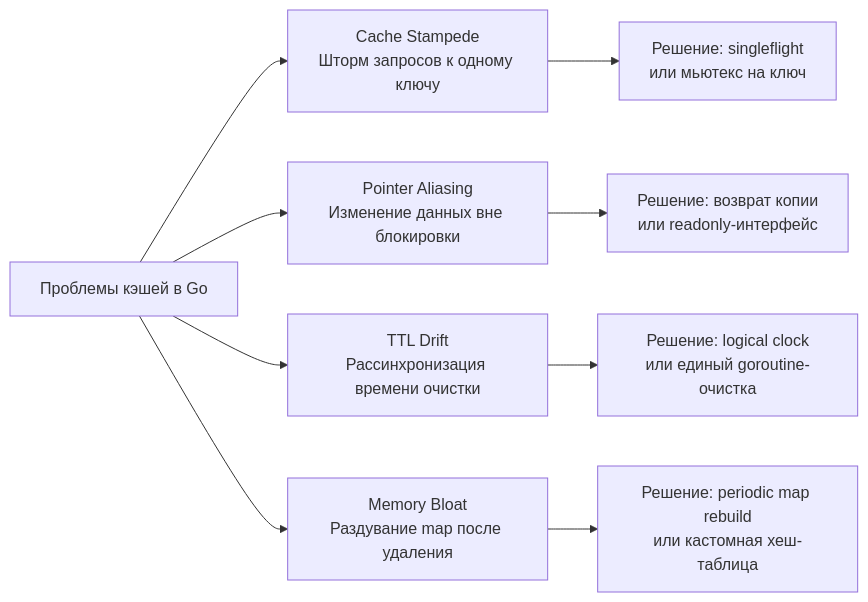
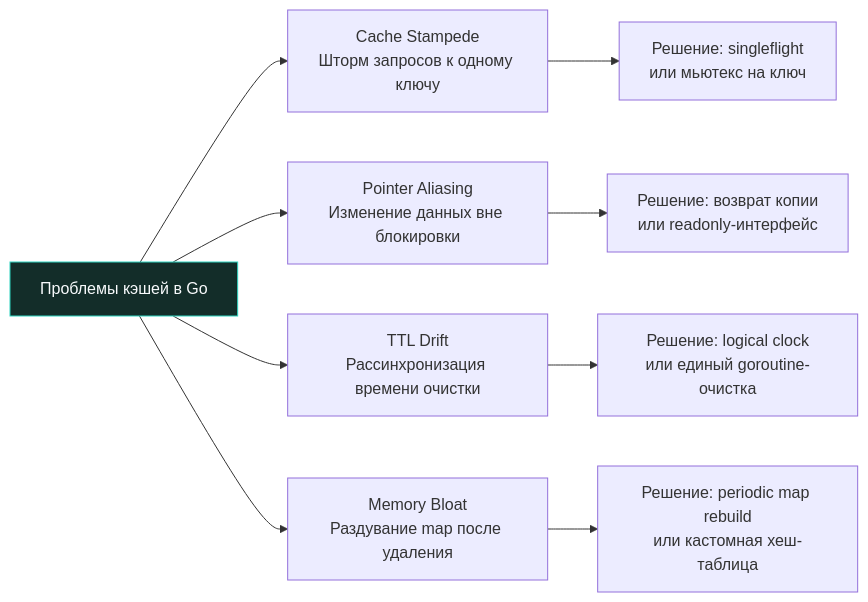
The second of 2 diagrams in sources/21. Задачи с LeetCode и собеседований на Go/02. Задачи/26. Design задачи и структуры данных/2. Кэш структуры.md (UnrealTemplier/go-textbook), drawn with Mermaid before and after one commit. The commit also changed other lines of this file and 1666 other files, not shown here.

First line of the commit message:
feat(mermaid): add semantic color classDef to 1369 colorless flowchart/graph diagrams

````diff
--- a/sources/21. Задачи с LeetCode и собеседований на Go/02. Задачи/26. Design задачи и структуры данных/2. Кэш структуры.md
+++ b/sources/21. Задачи с LeetCode и собеседований на Go/02. Задачи/26. Design задачи и структуры данных/2. Кэш структуры.md
@@ -114,12 +124,22 @@
 ```mermaid
 flowchart LR
-  A["Проблемы кэшей в Go"] --> B["Cache Stampede<br>Шторм запросов к одному ключу"]
+    classDef process  fill:#1e293b,stroke:#38bdf8,stroke-width:1px,color:#f8fafc
+    classDef success  fill:#064e3b,stroke:#34d399,stroke-width:1px,color:#f8fafc
+    classDef error    fill:#7f1d1d,stroke:#f87171,stroke-width:1px,color:#f8fafc
+    classDef warning  fill:#78350f,stroke:#fbbf24,stroke-width:1px,color:#f8fafc
+    classDef entry    fill:#1e3a5f,stroke:#38bdf8,stroke-width:2px,color:#f8fafc
+    classDef aux      fill:#334155,stroke:#64748b,stroke-width:1px,color:#f8fafc
+    classDef system   fill:#312e81,stroke:#a78bfa,stroke-width:1px,color:#f8fafc
+    classDef data     fill:#132d29,stroke:#2dd4bf,stroke-width:1px,color:#f8fafc
+    classDef network  fill:#881337,stroke:#fb7185,stroke-width:1px,color:#f8fafc
+    classDef accent   fill:#1e1b4b,stroke:#818cf8,stroke-width:1px,color:#f8fafc
+  A["Проблемы кэшей в Go"]:::data --> B["Cache Stampede<br>Шторм запросов к одному ключу"]
   A --> C["Pointer Aliasing<br>Изменение данных вне блокировки"]
   A --> D["TTL Drift<br>Рассинхронизация времени очистки"]
   A --> E["Memory Bloat<br>Раздувание map после удаления"]
   
   B --> F["Решение: singleflight<br>или мьютекс на ключ"]
   C --> G["Решение: возврат копии<br>или readonly-интерфейс"]
   D --> H["Решение: logical clock<br>или единый goroutine-очистка"]
   E --> I["Решение: periodic map rebuild<br>или кастомная хеш-таблица"]
 ```
````
